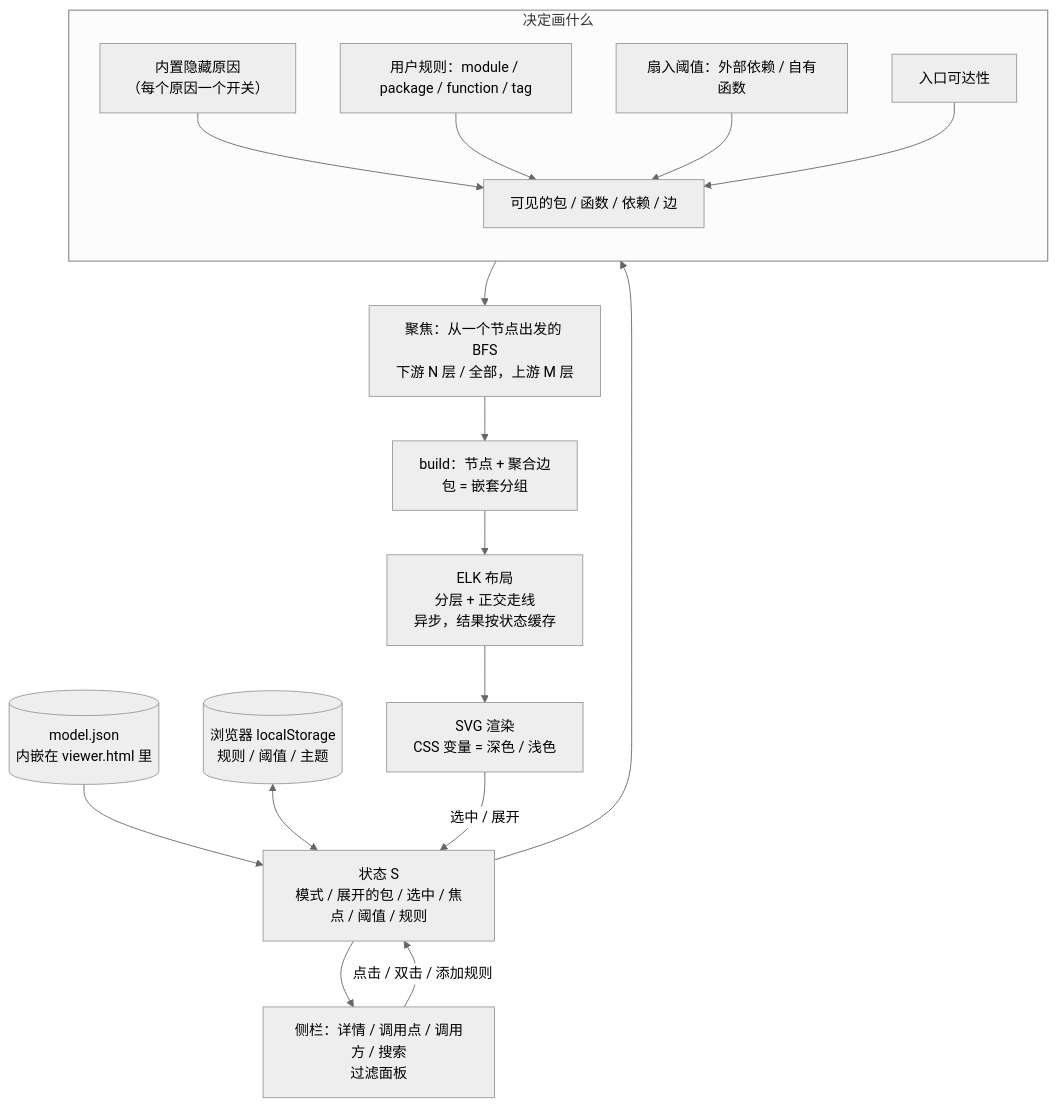
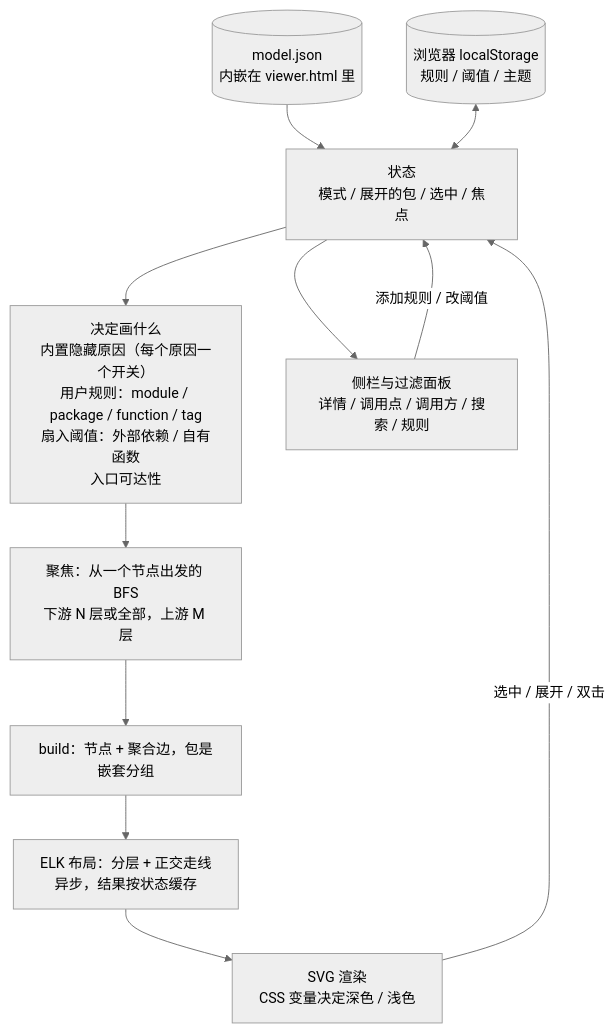
One commit to hangyu629/calltrail changed the sixth of 9 diagrams in docs/architecture.md. Above: the diagram before and after it, drawn with Mermaid (neutral theme). The commit also changed other lines of this file, not shown here.

First line of the commit message:
docs: simplify the architecture diagrams

````diff
--- a/docs/architecture.md
+++ b/docs/architecture.md
@@ -267,35 +210,23 @@
 ```mermaid
 flowchart TD
     M[("model.json<br/>内嵌在 viewer.html 里")]
-    ST["状态 S<br/>模式 / 展开的包 / 选中 / 焦点 / 阈值 / 规则"]
     LS[("浏览器 localStorage<br/>规则 / 阈值 / 主题")]
-
-    subgraph HIDE["决定画什么"]
-        direction TB
-        H1["内置隐藏原因<br/>（每个原因一个开关）"]
-        H2["用户规则：module / package / function / tag"]
-        H3["扇入阈值：外部依赖 / 自有函数"]
-        H4["入口可达性"]
-        H1 --> H5["可见的包 / 函数 / 依赖 / 边"]
-        H2 --> H5
-        H3 --> H5
-        H4 --> H5
-    end
-
-    FOCUS["聚焦：从一个节点出发的 BFS<br/>下游 N 层 / 全部，上游 M 层"]
-    BUILD["build：节点 + 聚合边<br/>包 = 嵌套分组"]
-    ELK["ELK 布局<br/>分层 + 正交走线<br/>异步，结果按状态缓存"]
-    SVG["SVG 渲染<br/>CSS 变量 = 深色 / 浅色"]
-    PANEL["侧栏：详情 / 调用点 / 调用方 / 搜索<br/>过滤面板"]
+    ST["状态<br/>模式 / 展开的包 / 选中 / 焦点"]
+    HIDE["决定画什么<br/>内置隐藏原因（每个原因一个开关）<br/>用户规则：module / package / function / tag<br/>扇入阈值：外部依赖 / 自有函数<br/>入口可达性"]
+    FOCUS["聚焦：从一个节点出发的 BFS<br/>下游 N 层或全部，上游 M 层"]
+    BUILD["build：节点 + 聚合边，包是嵌套分组"]
+    ELK["ELK 布局：分层 + 正交走线<br/>异步，结果按状态缓存"]
+    SVG["SVG 渲染<br/>CSS 变量决定深色 / 浅色"]
+    PANEL["侧栏与过滤面板<br/>详情 / 调用点 / 调用方 / 搜索 / 规则"]
 
     M --> ST
     LS <--> ST
     ST --> HIDE
-    H5 --> FOCUS
+    HIDE --> FOCUS
     FOCUS --> BUILD
     BUILD --> ELK
     ELK --> SVG
+    SVG -->|"选中 / 展开 / 双击"| ST
     ST --> PANEL
-    PANEL -->|"点击 / 双击 / 添加规则"| ST
-    SVG -->|"选中 / 展开"| ST
+    PANEL -->|"添加规则 / 改阈值"| ST
 ```
````
